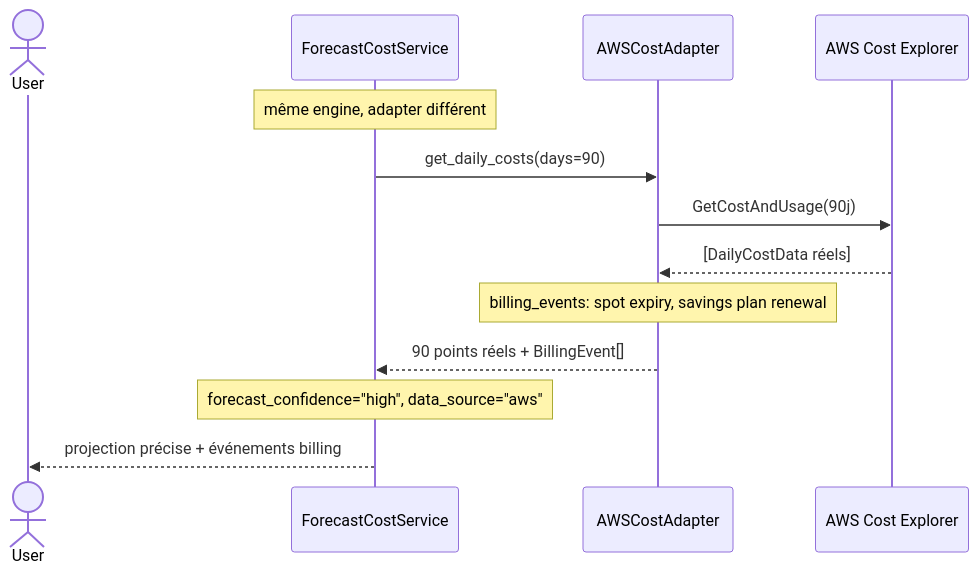
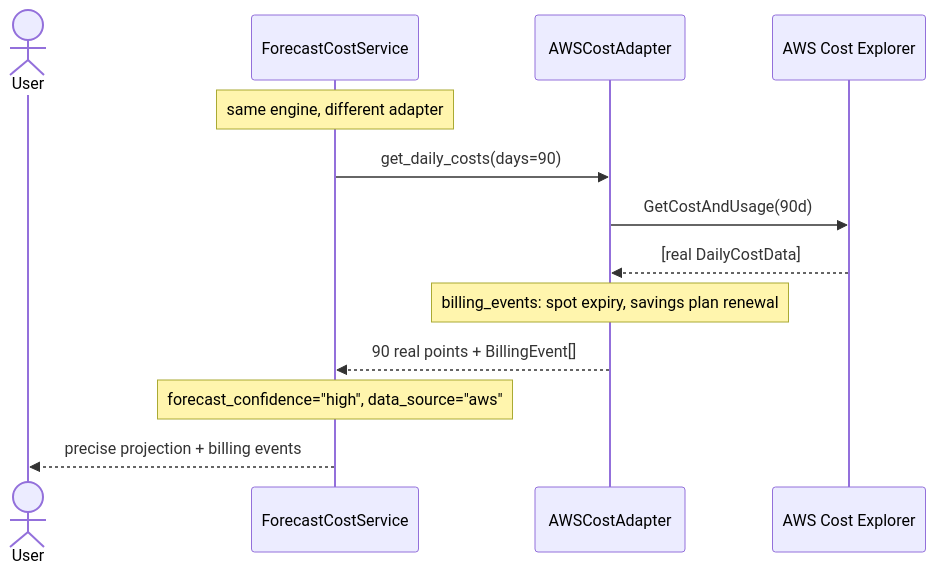
The fourth of 4 diagrams in docs/use-cases/15-forecast-cost.md (hexa-tools/hexawyn), drawn with Mermaid before and after one commit. The commit also changed other lines of this file and 53 other files, not shown here.

Commit message:
chore: refactor diagram

````diff
--- a/docs/use-cases/15-forecast-cost.md
+++ b/docs/use-cases/15-forecast-cost.md
@@ -81,16 +81,16 @@
 ```mermaid
 sequenceDiagram
     actor User
     participant Svc as ForecastCostService
     participant Adapter as AWSCostAdapter
     participant AWS as AWS Cost Explorer
 
-    Note over Svc: même engine, adapter différent
+    Note over Svc: same engine, different adapter
     Svc->>Adapter: get_daily_costs(days=90)
-    Adapter->>AWS: GetCostAndUsage(90j)
-    AWS-->>Adapter: [DailyCostData réels]
+    Adapter->>AWS: GetCostAndUsage(90d)
+    AWS-->>Adapter: [real DailyCostData]
     Note over Adapter: billing_events: spot expiry, savings plan renewal
-    Adapter-->>Svc: 90 points réels + BillingEvent[]
+    Adapter-->>Svc: 90 real points + BillingEvent[]
     Note over Svc: forecast_confidence="high", data_source="aws"
-    Svc-->>User: projection précise + événements billing
+    Svc-->>User: precise projection + billing events
 ```
````
